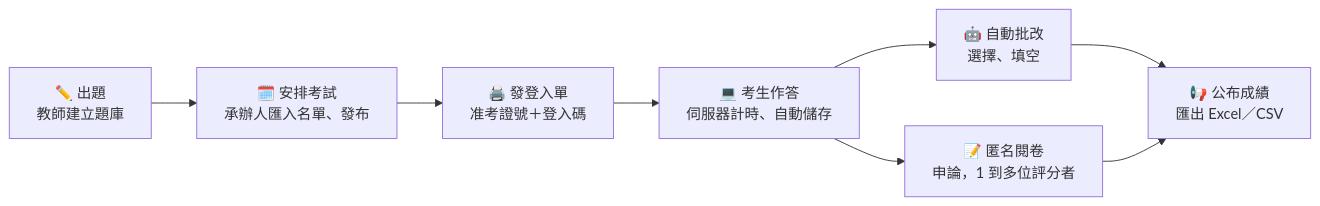
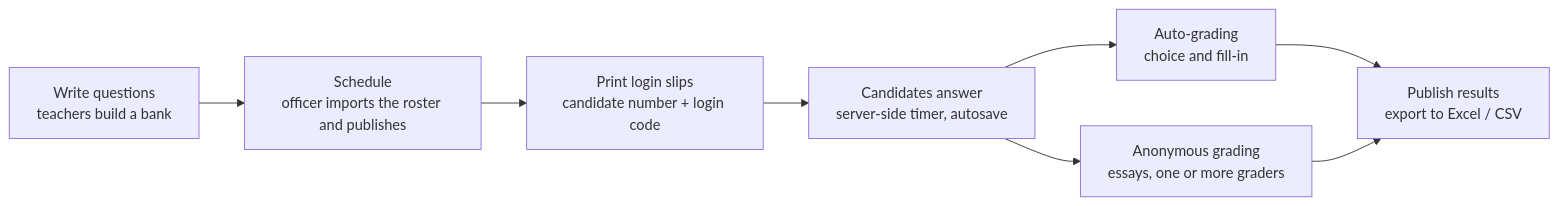
The first of 2 diagrams in README.md (alaner652/tpcu-testa), drawn with Mermaid before and after one commit. The commit also changed other lines of this file and 6 other files, not shown here.

````diff
--- a/README.md
+++ b/README.md
@@ -24,10 +26,10 @@
 ```mermaid
 flowchart LR
-    A["✏️ 出題<br/>教師建立題庫"] --> B["🗓️ 安排考試<br/>承辦人匯入名單、發布"]
-    B --> C["🖨️ 發登入單<br/>准考證號＋登入碼"]
-    C --> D["💻 考生作答<br/>伺服器計時、自動儲存"]
-    D --> E["🤖 自動批改<br/>選擇、填空"]
-    D --> F["📝 匿名閱卷<br/>申論，1 到多位評分者"]
-    E --> G["📢 公布成績<br/>匯出 Excel／CSV"]
+    A["Write questions<br/>teachers build a bank"] --> B["Schedule<br/>officer imports the roster and publishes"]
+    B --> C["Print login slips<br/>candidate number + login code"]
+    C --> D["Candidates answer<br/>server-side timer, autosave"]
+    D --> E["Auto-grading<br/>choice and fill-in"]
+    D --> F["Anonymous grading<br/>essays, one or more graders"]
+    E --> G["Publish results<br/>export to Excel / CSV"]
     F --> G
 ```
````
